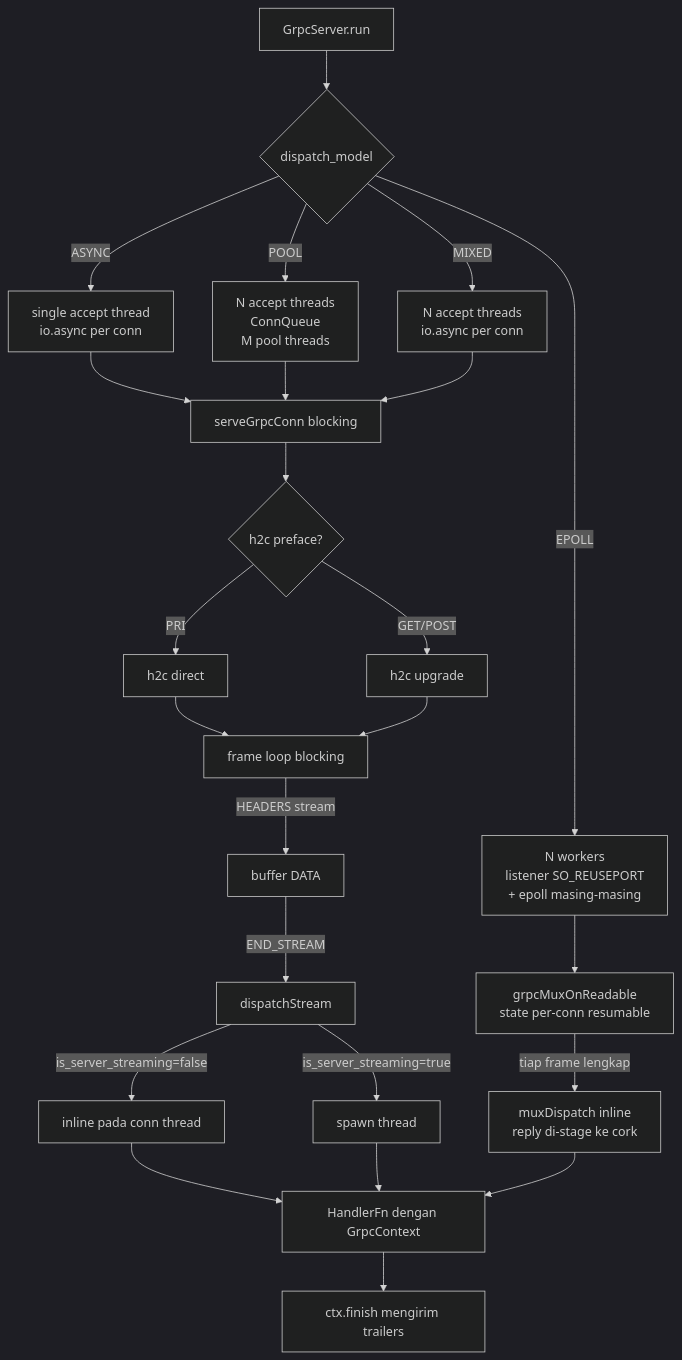
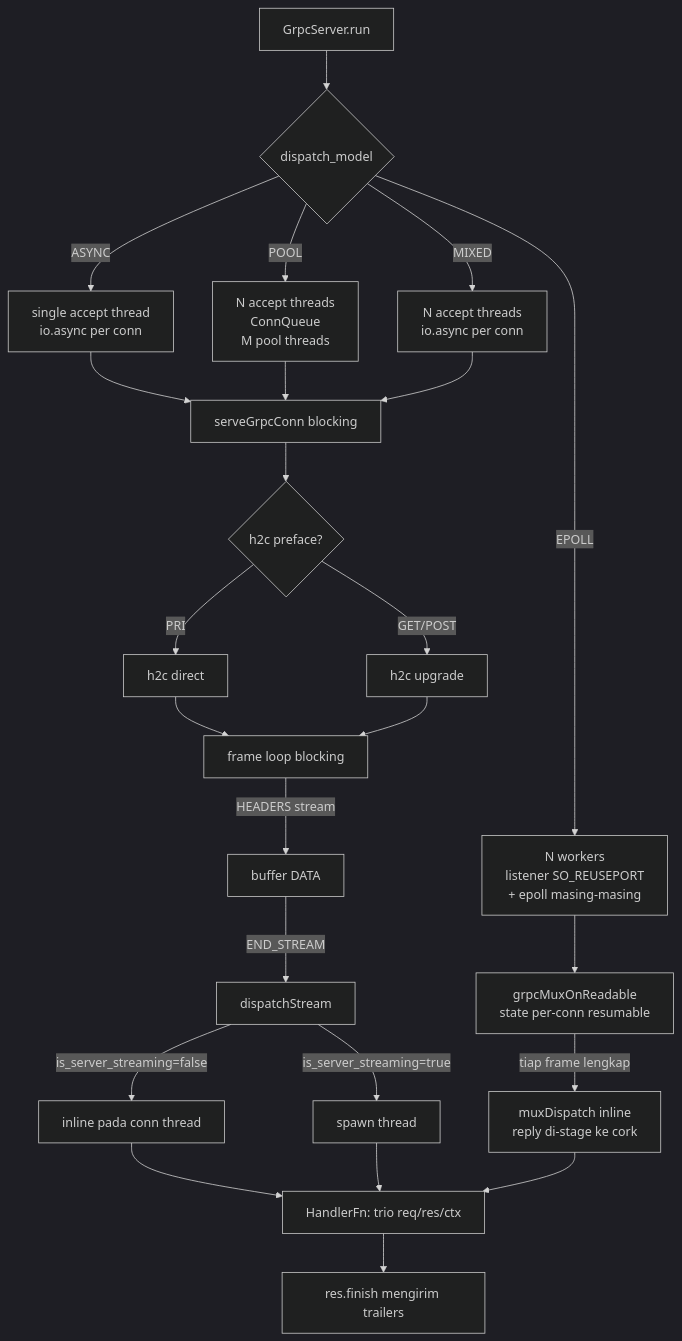
Before and after one commit to prothegee/zix: the third of 4 diagrams in docs/hld-grpc-id.md, drawn with Mermaid (dark theme). The commit also changed other lines of this file and 3 other files, not shown here.

First line of the commit message:
update grpc docs for handler trio

````diff
--- a/docs/hld-grpc-id.md
+++ b/docs/hld-grpc-id.md
@@ -343,26 +344,26 @@
 ```mermaid
 flowchart TD
     A[GrpcServer.run] --> B{dispatch_model}
     B -->|ASYNC| C[single accept thread\nio.async per conn]
     B -->|POOL| D[N accept threads\nConnQueue\nM pool threads]
     B -->|MIXED| E[N accept threads\nio.async per conn]
     B -->|EPOLL| EP[N workers\nlistener SO_REUSEPORT\n+ epoll masing-masing]
     C --> F[serveGrpcConn blocking]
     D --> F
     E --> F
     EP --> MX[grpcMuxOnReadable\nstate per-conn resumable]
     F --> G{h2c preface?}
     G -->|PRI| H[h2c direct]
     G -->|GET/POST| I[h2c upgrade]
     H --> J[frame loop blocking]
     I --> J
     J -->|HEADERS stream| K[buffer DATA]
     K -->|END_STREAM| L[dispatchStream]
     L -->|is_server_streaming=false| LI[inline pada conn thread]
     L -->|is_server_streaming=true| LS[spawn thread]
-    LI --> M[HandlerFn dengan GrpcContext]
+    LI --> M[HandlerFn: trio req/res/ctx]
     LS --> M
     MX -->|tiap frame lengkap| MI[muxDispatch inline\nreply di-stage ke cork]
     MI --> M
-    M --> N[ctx.finish mengirim trailers]
+    M --> N[res.finish mengirim trailers]
 ```
````
